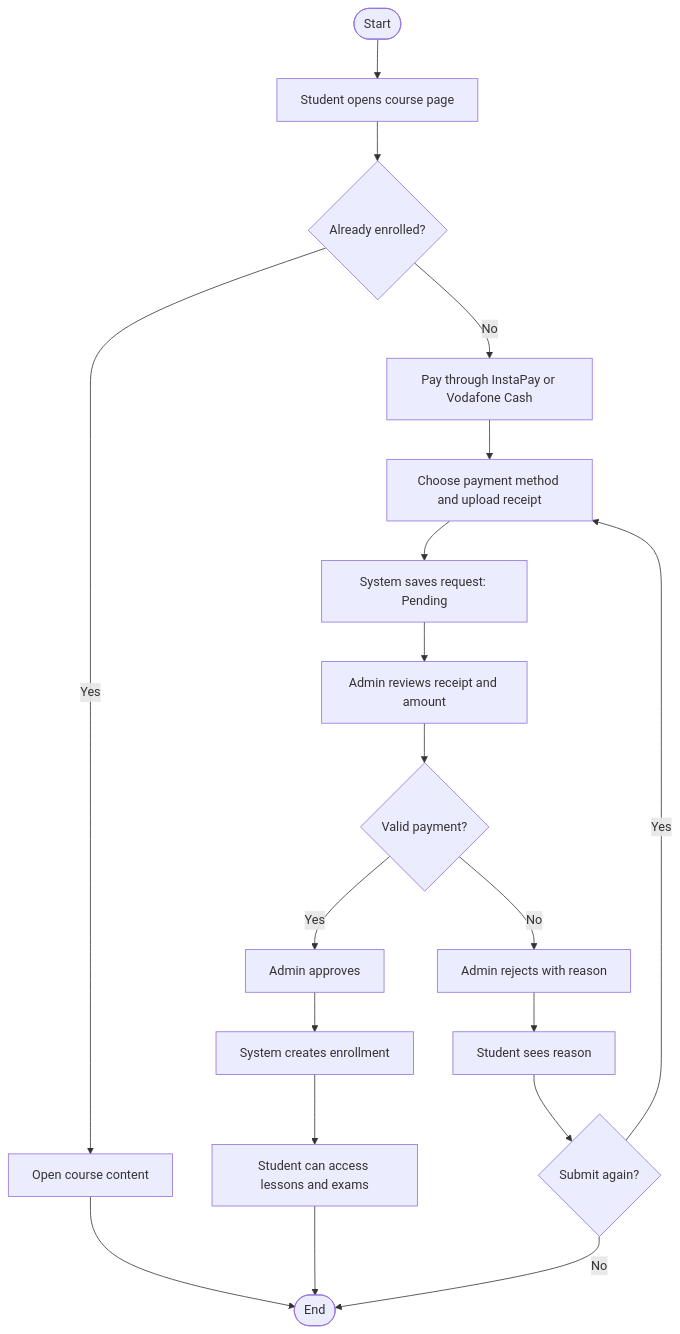
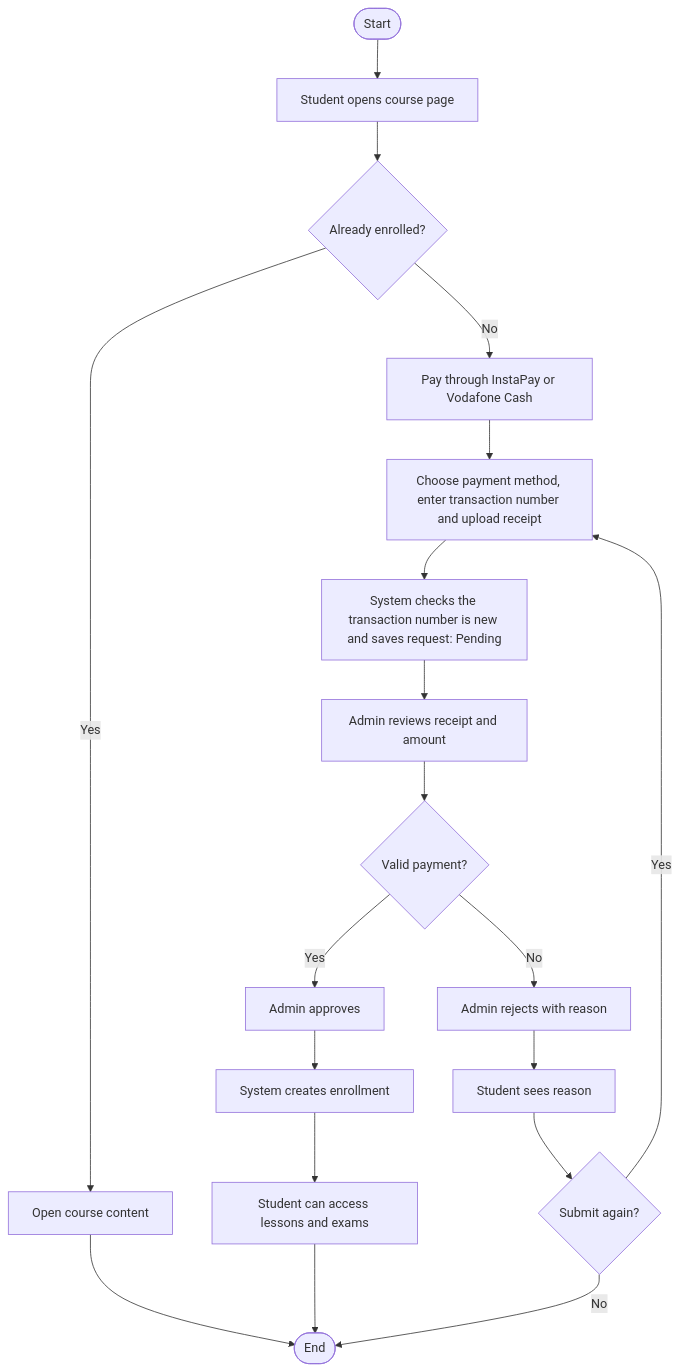
Before and after one commit to MohamedHany1n/Educational-Platform: the first of 3 diagrams in docs/4-analysis-design/08-activity-diagrams.md, drawn with Mermaid. The commit also changed 14 other files, not shown here.

Commit message:
docs: sync documentation with admin students and parents features and payment transaction number

````diff
--- a/docs/4-analysis-design/08-activity-diagrams.md
+++ b/docs/4-analysis-design/08-activity-diagrams.md
@@ -5,19 +5,19 @@
 ```mermaid
 flowchart TD
     A(["Start"]) --> B["Student opens course page"]
     B --> C{"Already enrolled?"}
     C -- Yes --> D["Open course content"] --> Z(["End"])
     C -- No --> E["Pay through InstaPay or Vodafone Cash"]
-    E --> F["Choose payment method and upload receipt"]
-    F --> G["System saves request: Pending"]
+    E --> F["Choose payment method, enter transaction number and upload receipt"]
+    F --> G["System checks the transaction number is new and saves request: Pending"]
     G --> H["Admin reviews receipt and amount"]
     H --> I{"Valid payment?"}
     I -- Yes --> J["Admin approves"]
     J --> K["System creates enrollment"]
     K --> L["Student can access lessons and exams"] --> Z
     I -- No --> M["Admin rejects with reason"]
     M --> N["Student sees reason"]
     N --> O{"Submit again?"}
     O -- Yes --> F
     O -- No --> Z
 ```
````
